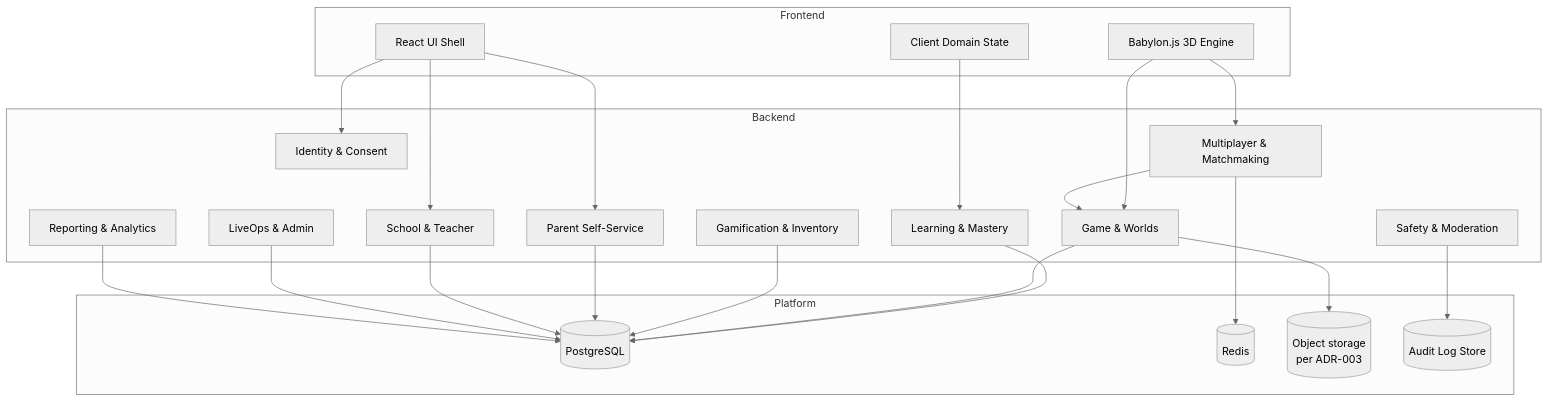
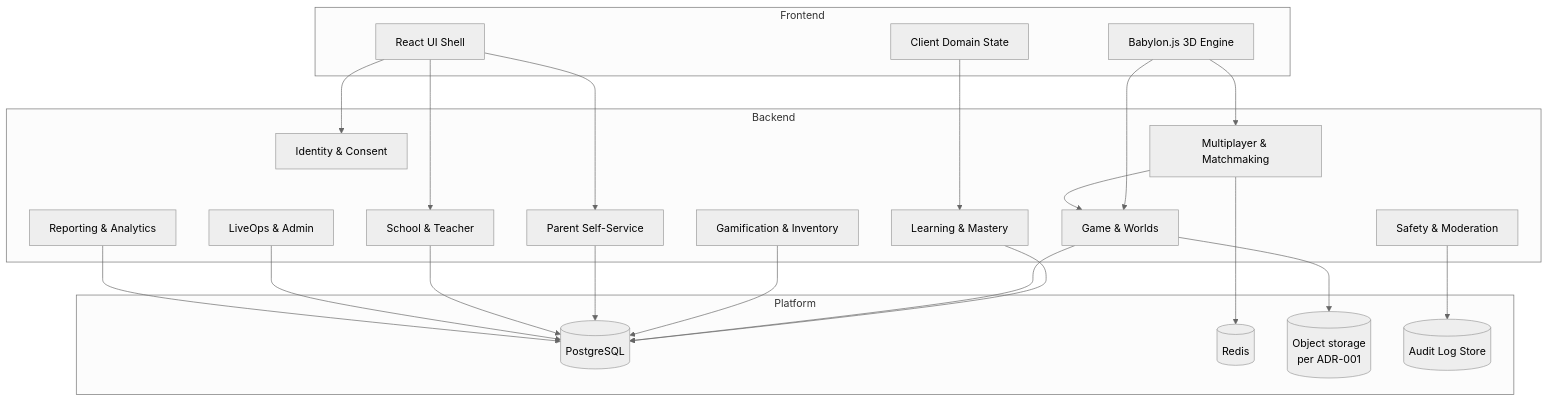
Before and after one commit to patbaumgartner/numnia: the third of 11 diagrams in docs/architecture/arc42.md, drawn with Mermaid (neutral theme). The commit also changed other lines of this file and 20 other files, not shown here.

````diff
--- a/docs/architecture/arc42.md
+++ b/docs/architecture/arc42.md
@@ -147,44 +147,44 @@
 ```mermaid
 flowchart TB
     subgraph Frontend
         UI[React UI Shell]
         Game3D[Babylon.js 3D Engine]
         ClientState[Client Domain State]
     end
     subgraph Backend
         Identity[Identity & Consent]
         Learning[Learning & Mastery]
         Game[Game & Worlds]
         Multi[Multiplayer & Matchmaking]
         Gamif[Gamification & Inventory]
         Parent[Parent Self-Service]
         School[School & Teacher]
         LiveOps[LiveOps & Admin]
         Safety[Safety & Moderation]
         Reporting[Reporting & Analytics]
     end
     subgraph Platform
         DB[(PostgreSQL)]
         Cache[(Redis)]
-        Assets[(Object storage<br/>per ADR-003)]
+        Assets[(Object storage<br/>per ADR-001)]
         Audit[(Audit Log Store)]
     end
 
     UI --> Identity
     UI --> Parent
     UI --> School
     Game3D --> Game
     Game3D --> Multi
     ClientState --> Learning
     Learning --> DB
     Game --> DB
     Multi --> Cache
     Multi --> Game
     Gamif --> DB
     Parent --> DB
     School --> DB
     LiveOps --> DB
     Safety --> Audit
     Reporting --> DB
     Game --> Assets
 ```
````
